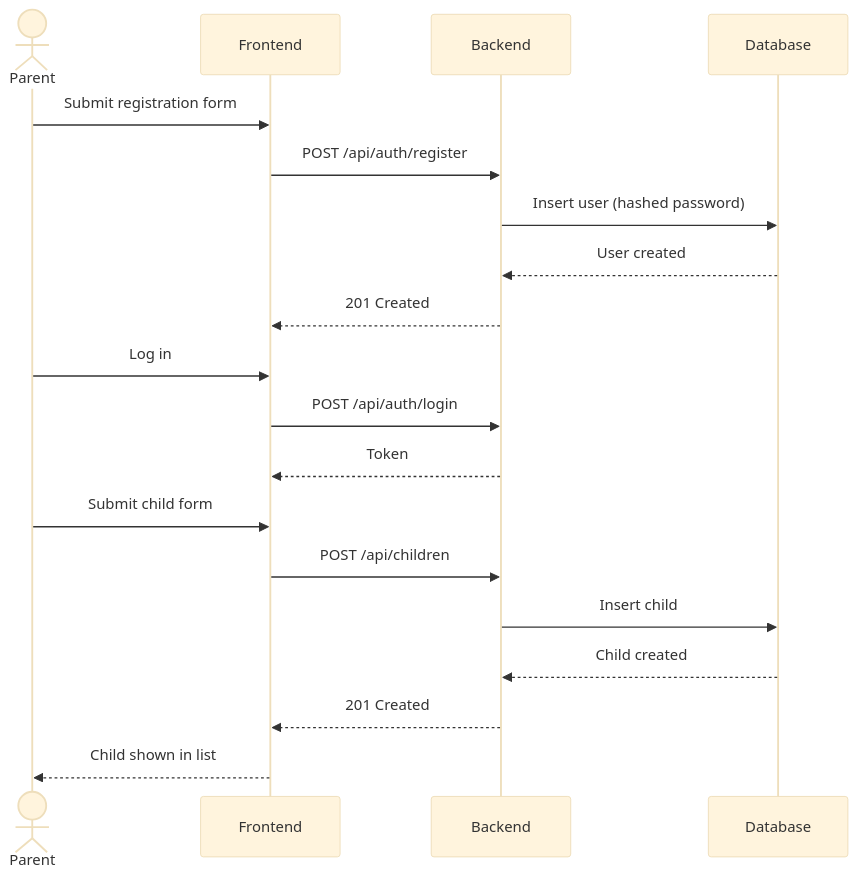
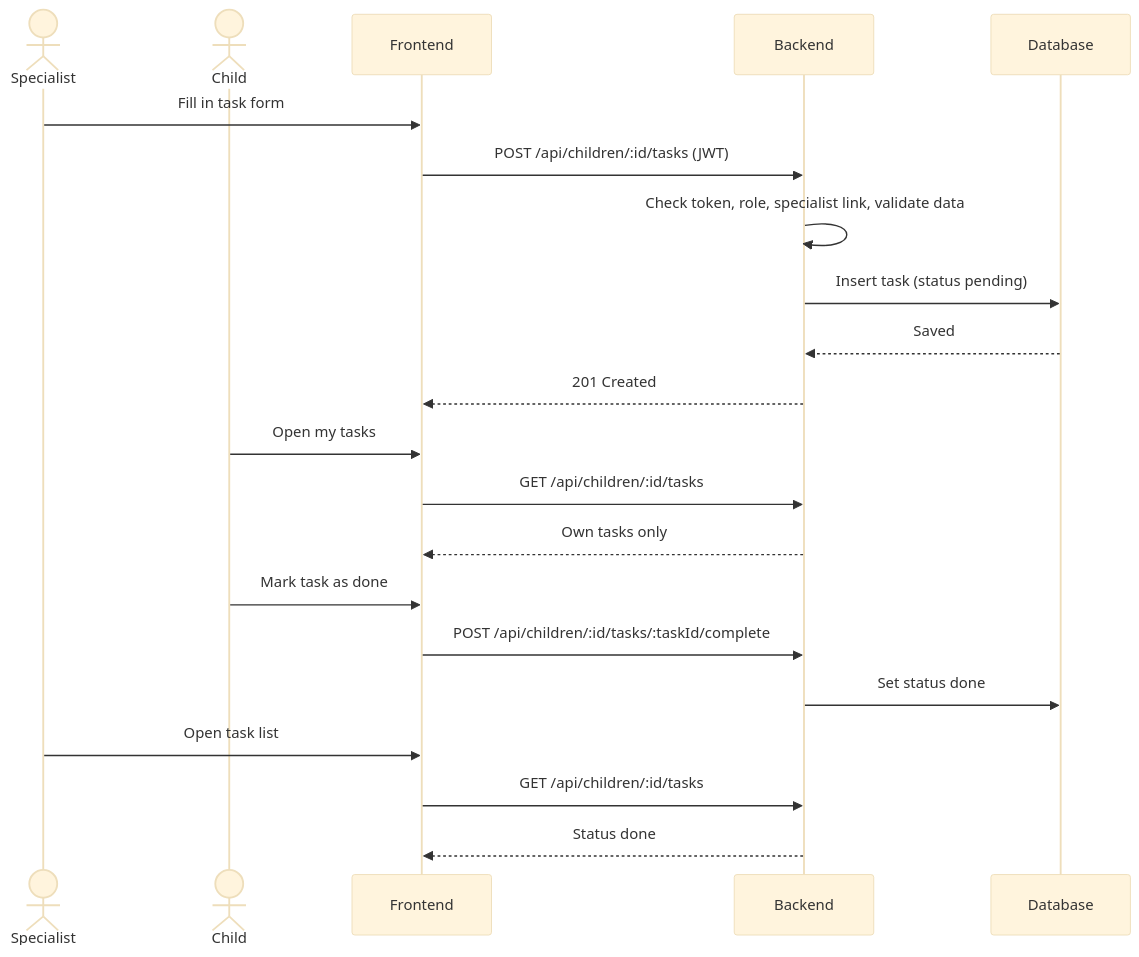
Before and after one commit to Alsoren/child-development-platform: the fourth of 6 diagrams in docs/SDD.md, drawn with Mermaid (base theme). The commit also changed other lines of this file, not shown here.

````diff
--- a/docs/SDD.md
+++ b/docs/SDD.md
@@ -209,18 +251,20 @@
 ```mermaid
 sequenceDiagram
-    actor Parent
-    Parent->>Frontend: Submit registration form
-    Frontend->>Backend: POST /api/auth/register
-    Backend->>Database: Insert user (hashed password)
-    Database-->>Backend: User created
+    actor Specialist
+    actor Child
+    Specialist->>Frontend: Fill in task form
+    Frontend->>Backend: POST /api/children/:id/tasks (JWT)
+    Backend->>Backend: Check token, role, specialist link, validate data
+    Backend->>Database: Insert task (status pending)
+    Database-->>Backend: Saved
     Backend-->>Frontend: 201 Created
-    Parent->>Frontend: Log in
-    Frontend->>Backend: POST /api/auth/login
-    Backend-->>Frontend: Token
-    Parent->>Frontend: Submit child form
-    Frontend->>Backend: POST /api/children
-    Backend->>Database: Insert child
-    Database-->>Backend: Child created
-    Backend-->>Frontend: 201 Created
-    Frontend-->>Parent: Child shown in list
+    Child->>Frontend: Open my tasks
+    Frontend->>Backend: GET /api/children/:id/tasks
+    Backend-->>Frontend: Own tasks only
+    Child->>Frontend: Mark task as done
+    Frontend->>Backend: POST /api/children/:id/tasks/:taskId/complete
+    Backend->>Database: Set status done
+    Specialist->>Frontend: Open task list
+    Frontend->>Backend: GET /api/children/:id/tasks
+    Backend-->>Frontend: Status done
 ```
````
